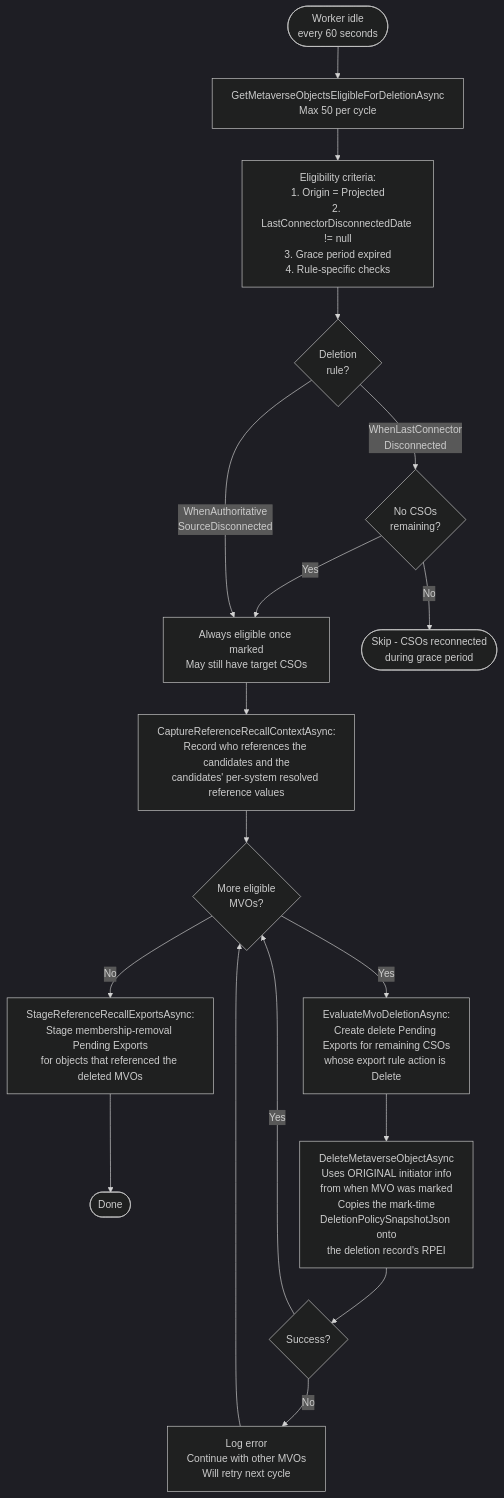
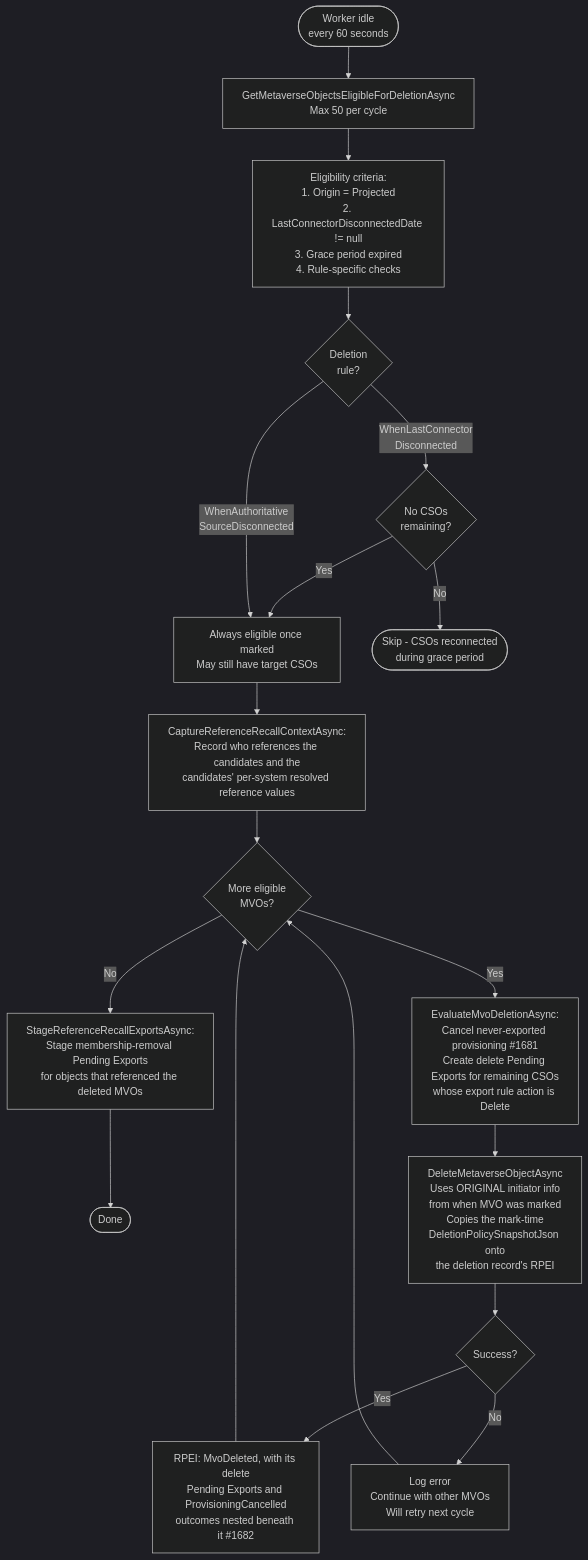
The sixth of 7 diagrams in docs/developer/diagrams/MVO_DELETION_AND_GRACE_PERIOD.md (TetronIO/JIM), drawn with Mermaid (dark theme) before and after one commit. The commit also changed other lines of this file and 49 other files, not shown here.

Commit message:
docs: update documentation, diagrams and changelog for v0.15.0 release

````diff
--- a/docs/developer/diagrams/MVO_DELETION_AND_GRACE_PERIOD.md
+++ b/docs/developer/diagrams/MVO_DELETION_AND_GRACE_PERIOD.md
@@ -155,25 +155,26 @@
 ```mermaid
 flowchart TD
     Idle([Worker idle<br/>every 60 seconds]) --> Query[GetMetaverseObjectsEligibleForDeletionAsync<br/>Max 50 per cycle]
 
     Query --> Criteria[Eligibility criteria:<br/>1. Origin = Projected<br/>2. LastConnectorDisconnectedDate != null<br/>3. Grace period expired<br/>4. Rule-specific checks]
     Criteria --> RuleCheck{Deletion<br/>rule?}
 
     RuleCheck -->|WhenLastConnector<br/>Disconnected| NoCSOs{No CSOs<br/>remaining?}
     NoCSOs -->|Yes| Eligible
     NoCSOs -->|No| NotEligible([Skip - CSOs reconnected<br/>during grace period])
 
     RuleCheck -->|WhenAuthoritative<br/>SourceDisconnected| Eligible[Always eligible once marked<br/>May still have target CSOs]
 
     Eligible --> Capture[CaptureReferenceRecallContextAsync:<br/>Record who references the candidates and the<br/>candidates' per-system resolved reference values]
     Capture --> Loop{More eligible<br/>MVOs?}
     Loop -->|No| Recall[StageReferenceRecallExportsAsync:<br/>Stage membership-removal Pending Exports<br/>for objects that referenced the deleted MVOs]
     Recall --> Done([Done])
 
-    Loop -->|Yes| EvalExports[EvaluateMvoDeletionAsync:<br/>Create delete Pending Exports for remaining CSOs<br/>whose export rule action is Delete]
+    Loop -->|Yes| EvalExports[EvaluateMvoDeletionAsync:<br/>Cancel never-exported provisioning #1681<br/>Create delete Pending Exports for remaining CSOs<br/>whose export rule action is Delete]
     EvalExports --> DeleteMVO[DeleteMetaverseObjectAsync<br/>Uses ORIGINAL initiator info<br/>from when MVO was marked<br/>Copies the mark-time<br/>DeletionPolicySnapshotJson onto<br/>the deletion record's RPEI]
     DeleteMVO --> Result{Success?}
-    Result -->|Yes| Loop
+    Result -->|Yes| RecordItem[RPEI: MvoDeleted, with its delete<br/>Pending Exports and ProvisioningCancelled<br/>outcomes nested beneath it #1682]
+    RecordItem --> Loop
     Result -->|No| LogError[Log error<br/>Continue with other MVOs<br/>Will retry next cycle]
     LogError --> Loop
 ```
````
